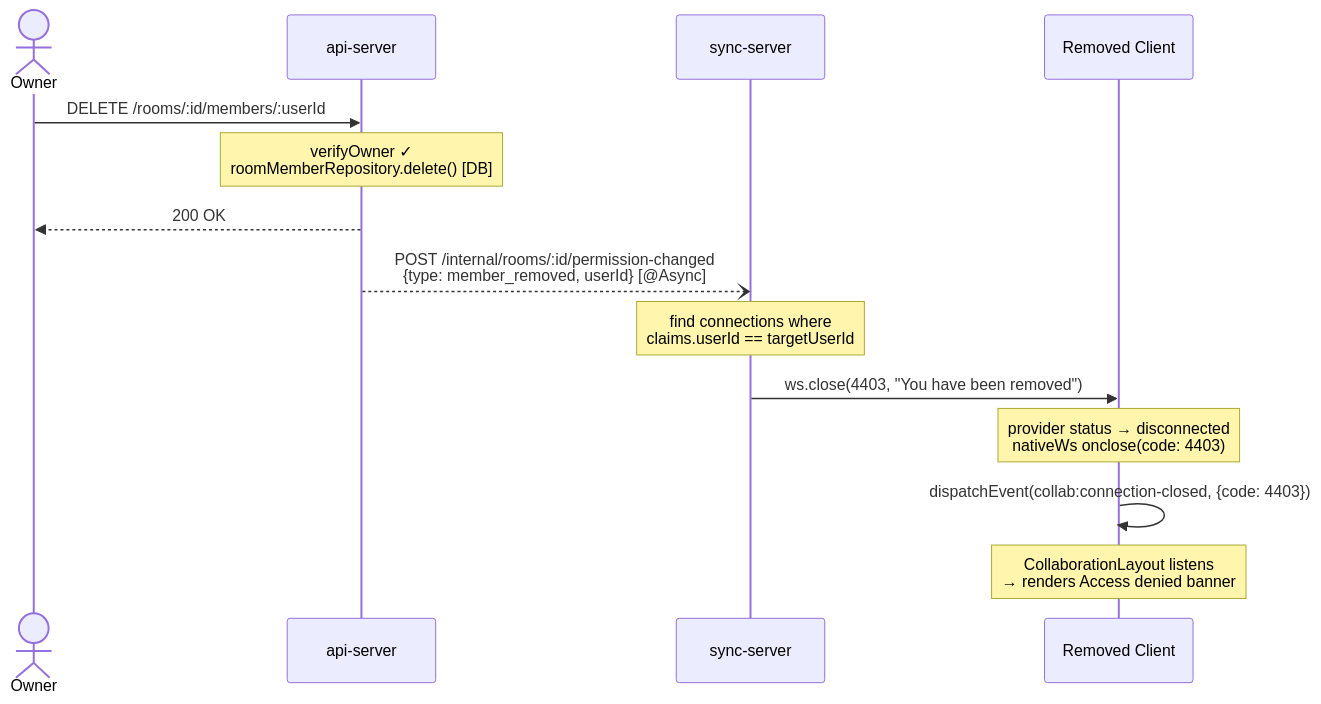
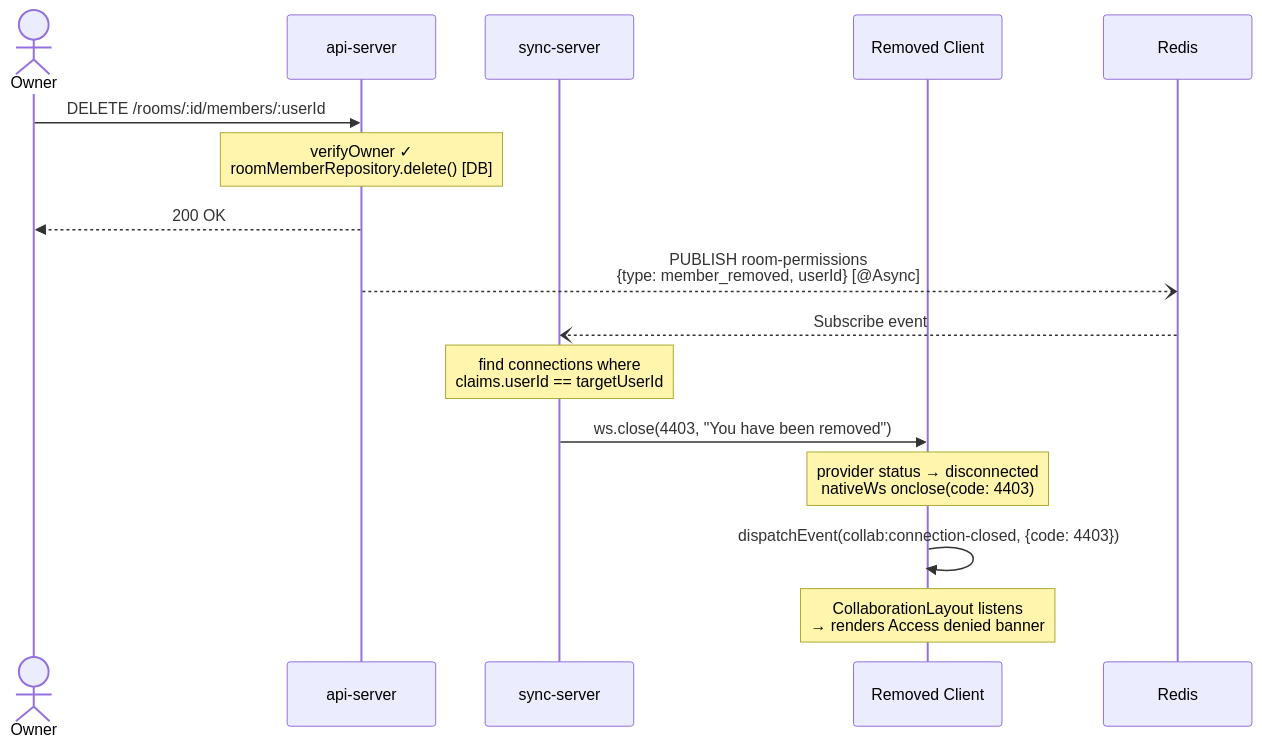
Before and after one commit to sonsonson110/collab-text-editor: the tenth of 11 diagrams in docs/architecture.md, drawn with Mermaid. The commit also changed other lines of this file and 3 other files, not shown here.

````diff
--- a/docs/architecture.md
+++ b/docs/architecture.md
@@ -530,19 +536,20 @@
 ```mermaid
 sequenceDiagram
     actor Owner
     participant api as api-server
     participant sync as sync-server
     participant Target as Removed Client
 
     Owner->>api: DELETE /rooms/:id/members/:userId
     Note over api: verifyOwner ✓<br/>roomMemberRepository.delete() [DB]
     api-->>Owner: 200 OK
-    api--)sync: POST /internal/rooms/:id/permission-changed<br/>{type: member_removed, userId} [@Async]
+    api--)Redis: PUBLISH room-permissions<br/>{type: member_removed, userId} [@Async]
+    Redis--)sync: Subscribe event
 
     Note over sync: find connections where<br/>claims.userId == targetUserId
     sync->>Target: ws.close(4403, "You have been removed")
 
     Note over Target: provider status → disconnected<br/>nativeWs onclose(code: 4403)
     Target->>Target: dispatchEvent(collab:connection-closed, {code: 4403})
     Note over Target: CollaborationLayout listens<br/>→ renders Access denied banner
 ```
````
